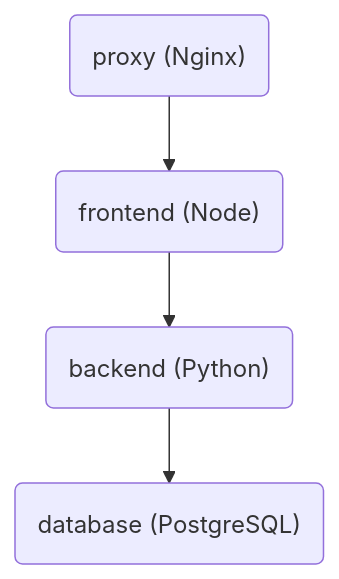
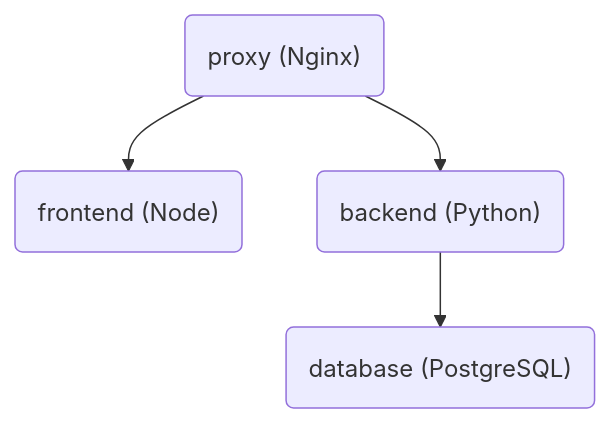
The second of 2 diagrams in README.md (stalexan/weight-logger), drawn with Mermaid before and after one commit.

Commit message:
Corrects development containers diagram

````diff
--- a/README.md
+++ b/README.md
@@ -171,6 +171,6 @@
 ```mermaid
 graph TD;
     A("proxy (Nginx)")-->B("frontend (Node)");
-    B-->C("backend (Python)");
+    A-->C("backend (Python)");
     C-->D("database (PostgreSQL)");   
 ```
````
